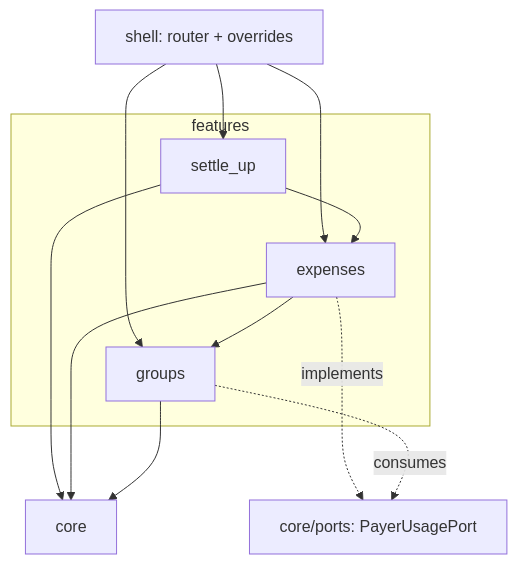
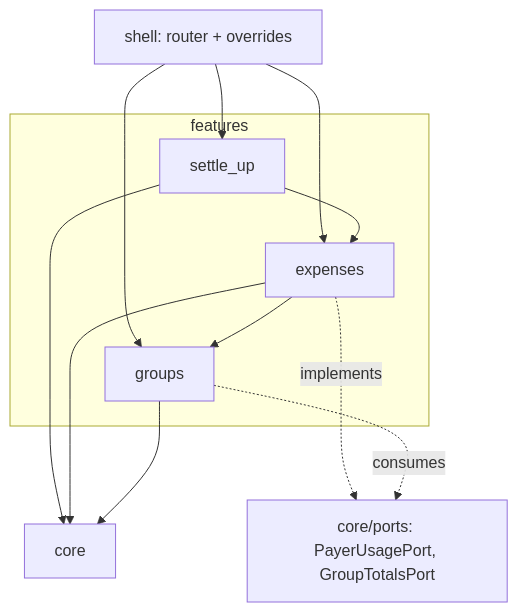
One commit to mordehayLevi4050/project-for-course changed the first of 3 diagrams in _bmad-output/planning-artifacts/architecture/architecture-groupay-2026-10-29/ARCHITECTURE-SPINE.md. Above: the diagram before and after it, drawn with Mermaid. The commit also changed other lines of this file and 11 other files, not shown here.

````diff
--- a/_bmad-output/planning-artifacts/architecture/architecture-groupay-2026-10-29/ARCHITECTURE-SPINE.md
+++ b/_bmad-output/planning-artifacts/architecture/architecture-groupay-2026-10-29/ARCHITECTURE-SPINE.md
@@ -37,14 +37,14 @@
 ```mermaid
 graph TD
   SHELL[shell: router + overrides] --> SU
   SHELL --> EX
   SHELL --> GR
   subgraph features
     SU[settle_up] --> EX[expenses] --> GR[groups]
   end
   SU --> CORE[core]
   EX --> CORE
   GR --> CORE
-  EX -. implements .-> PORT[core/ports: PayerUsagePort]
+  EX -. implements .-> PORT[core/ports: PayerUsagePort, GroupTotalsPort]
   GR -. consumes .-> PORT
 ```
````
